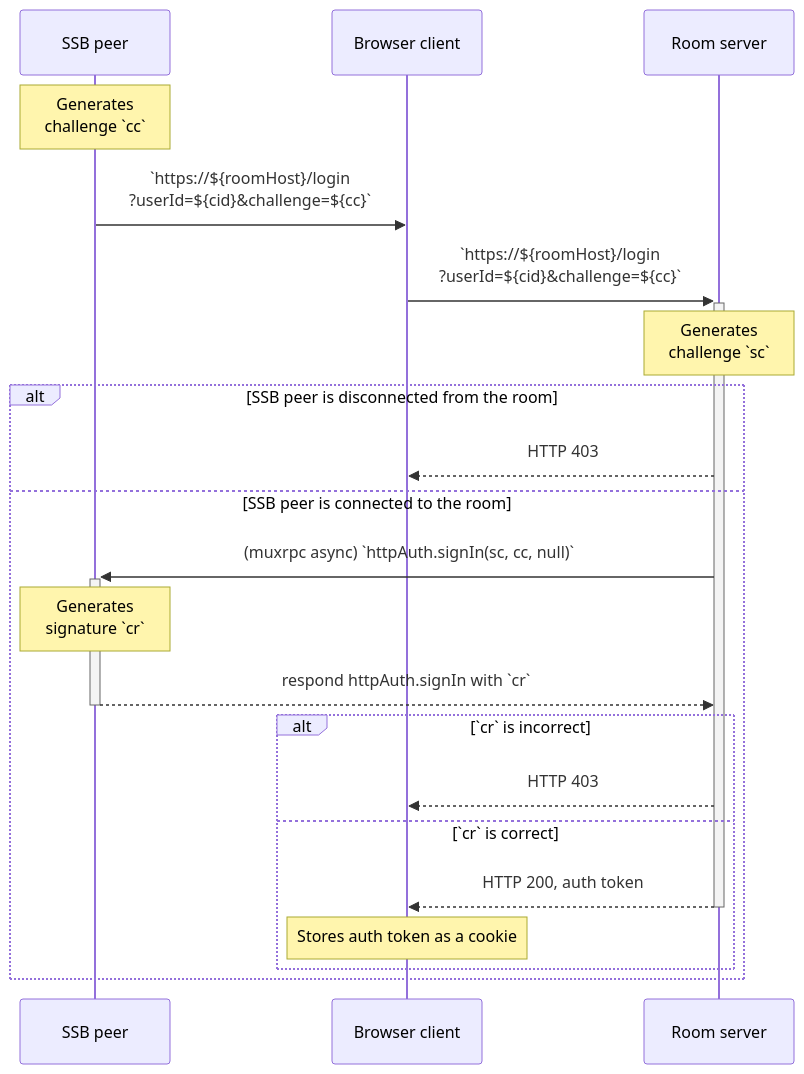
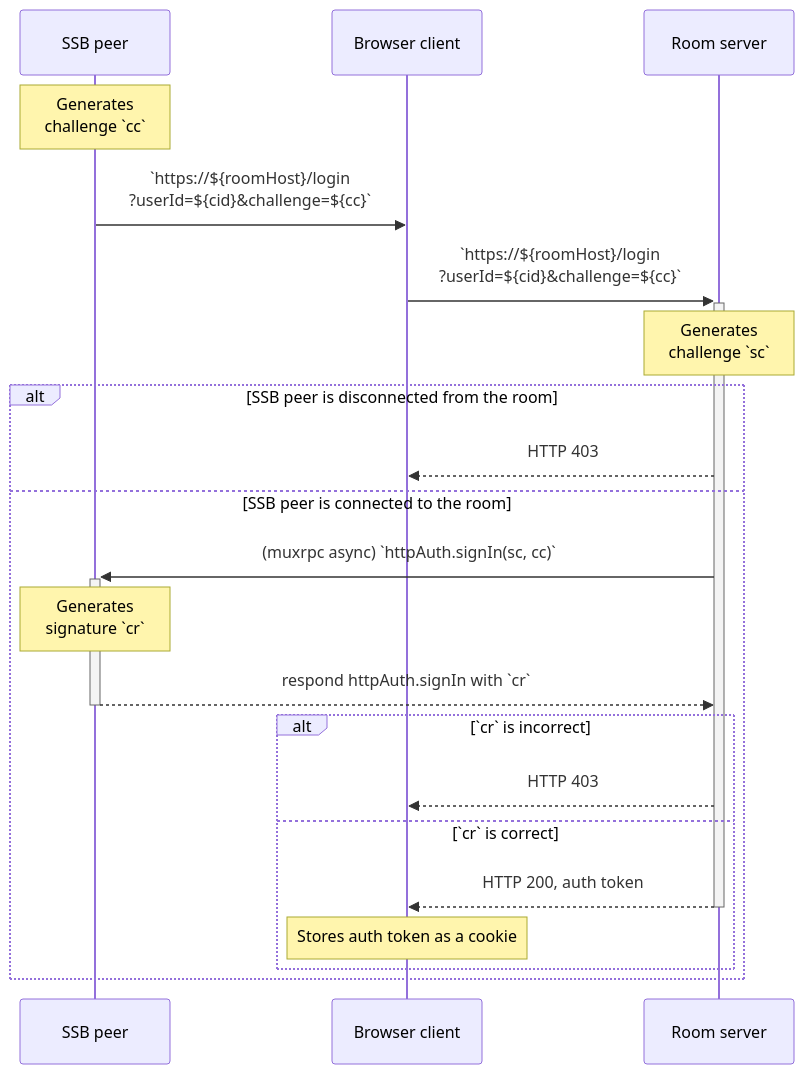
The first of 4 diagrams in docs/Setup/Sign-in with SSB.md (ssbc/rooms2), drawn with Mermaid before and after one commit. The commit also changed other lines of this file, not shown here.

````diff
--- a/docs/Setup/Sign-in with SSB.md
+++ b/docs/Setup/Sign-in with SSB.md
@@ -33,24 +31,24 @@
 ```mermaid
 sequenceDiagram
   participant Umux as SSB peer
   participant Uweb as Browser client
   participant R as Room server
 
   note over Umux: Generates<br/>challenge `cc`
   Umux->>Uweb: `https://${roomHost}/login<br/>?userId=${cid}&challenge=${cc}`
   Uweb->>+R: `https://${roomHost}/login<br/>?userId=${cid}&challenge=${cc}`
   Note over R: Generates<br/>challenge `sc`
   alt SSB peer is disconnected from the room
     R-->>Uweb: HTTP 403
   else SSB peer is connected to the room
-    R->>+Umux: (muxrpc async) `httpAuth.signIn(sc, cc, null)`
+    R->>+Umux: (muxrpc async) `httpAuth.signIn(sc, cc)`
     Note over Umux: Generates<br/>signature `cr`
     Umux-->>-R: respond httpAuth.signIn with `cr`
     alt `cr` is incorrect
       R-->>Uweb: HTTP 403
     else `cr` is correct
       R-->>-Uweb: HTTP 200, auth token
       Note over Uweb: Stores auth token as a cookie
     end
   end
 ```
````
